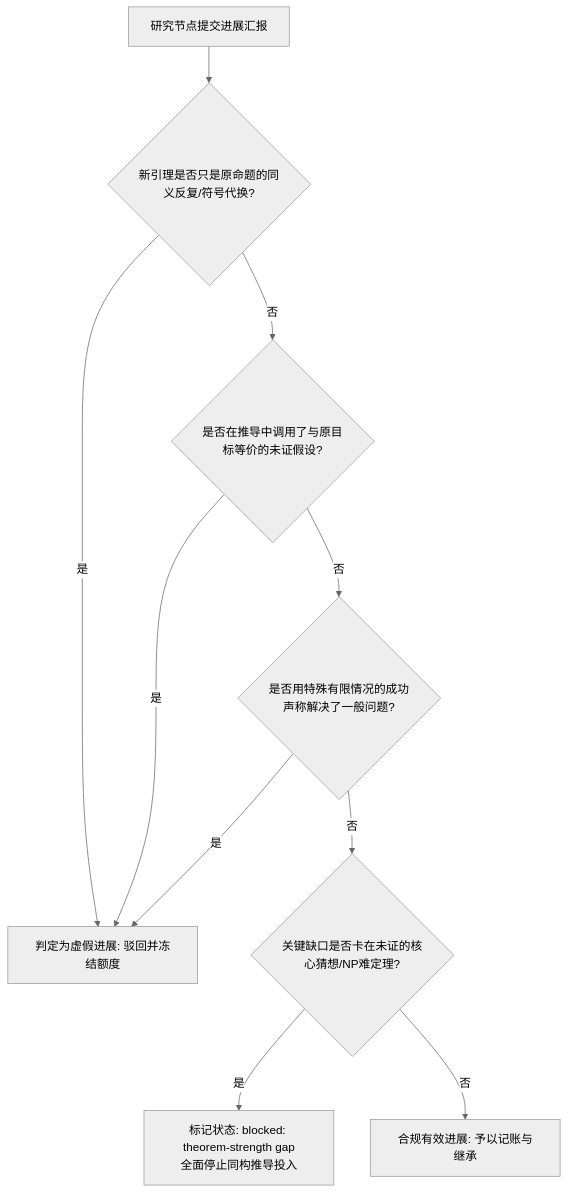
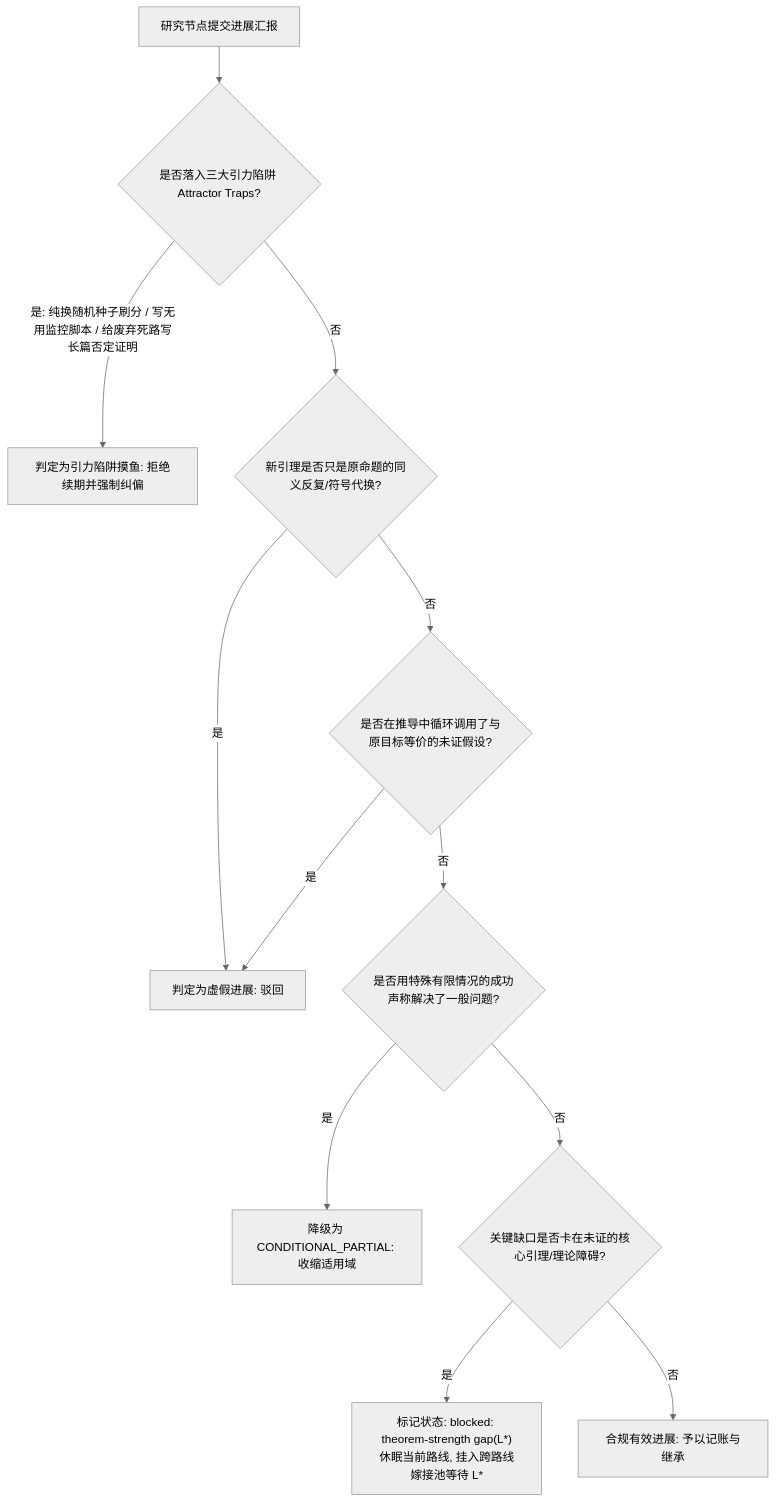
Before and after one commit to Qingzhu093/greatwall-agent: diagram 12 of 20 in V4_总体架构与工程规范_全编整合版.md, drawn with Mermaid (neutral theme). The commit also changed other lines of this file, not shown here.

Commit message:
feat(v4.1): upgrade master architecture spec with 4-tier triage, epistemic synthesis, clean-room worktrees, and 3D cognitive asymmetry

````diff
--- a/V4_总体架构与工程规范_全编整合版.md
+++ b/V4_总体架构与工程规范_全编整合版.md
@@ -620,12 +653,14 @@
 ```mermaid
 flowchart TD
-    REPORT[研究节点提交进展汇报] --> CHK1{新引理是否只是原命题的同义反复/符号代换?}
-    CHK1 -->|是| REJECT[判定为虚假进展: 驳回并冻结额度]
-    CHK1 -->|否| CHK2{是否在推导中调用了与原目标等价的未证假设?}
+    REPORT[研究节点提交进展汇报] --> CHK0{是否落入三大引力陷阱 Attractor Traps?}
+    CHK0 -->|是: 纯换随机种子刷分 / 写无用监控脚本 / 给废弃死路写长篇否定证明| TRAP_REJECT[判定为引力陷阱摸鱼: 拒绝续期并强制纠偏]
+    CHK0 -->|否| CHK1{新引理是否只是原命题的同义反复/符号代换?}
+    CHK1 -->|是| REJECT[判定为虚假进展: 驳回]
+    CHK1 -->|否| CHK2{是否在推导中循环调用了与原目标等价的未证假设?}
     CHK2 -->|是| REJECT
     CHK2 -->|否| CHK3{是否用特殊有限情况的成功声称解决了一般问题?}
-    CHK3 -->|是| REJECT
-    CHK3 -->|否| CHK4{关键缺口是否卡在未证的核心猜想/NP难定理?}
-    CHK4 -->|是| SET_BLOCKED["标记状态: blocked: theorem-strength gap<br/>全面停止同构推导投入"]
+    CHK3 -->|是| PARTIAL[降级为 CONDITIONAL_PARTIAL: 收缩适用域]
+    CHK3 -->|否| CHK4{关键缺口是否卡在未证的核心引理/理论障碍?}
+    CHK4 -->|是| SET_BLOCKED["标记状态: blocked: theorem-strength gap(L*)<br/>休眠当前路线, 挂入跨路线嫁接池等待 L*"]
     CHK4 -->|否| ACCEPT[合规有效进展: 予以记账与继承]
 ```
````
